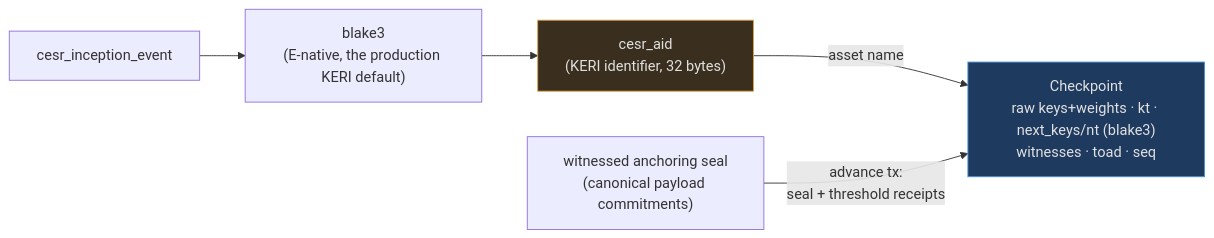
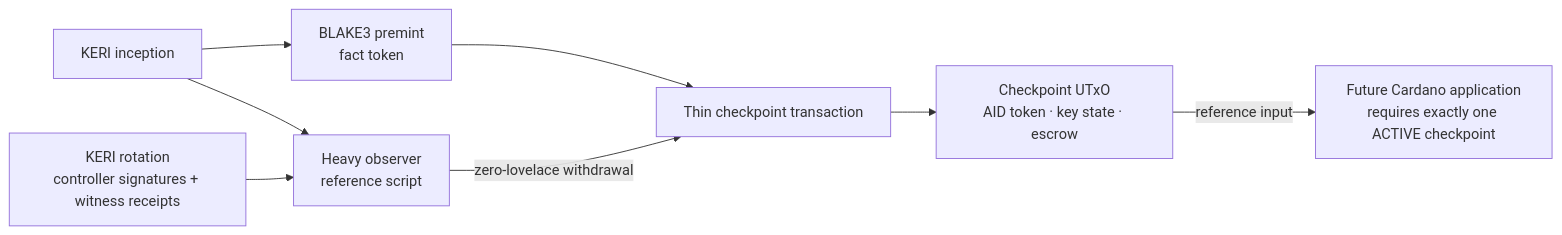
Before and after one commit to lambdasistemi/cardano-keri: the diagram in docs/index.md, drawn with Mermaid. The commit also changed other lines of this file and 24 other files, not shown here.

````diff
--- a/docs/index.md
+++ b/docs/index.md
@@ -94,9 +71,17 @@
 ```mermaid
 flowchart LR
-    ICP["cesr_inception_event"] --> H["blake3<br/>(E-native, the production KERI default)"]
-    H --> AID["cesr_aid<br/>(KERI identifier, 32 bytes)"]
-    style AID fill:#3a2f1e,stroke:#d9a04a,color:#e0e0e0
-    AID -->|"asset name"| CK["Checkpoint<br/>raw keys+weights · kt · next_keys/nt (blake3)<br/>witnesses · toad · seq"]
-    style CK fill:#1e3a5f,stroke:#4a90d9,color:#e0e0e0
-    SEAL["witnessed anchoring seal<br/>(canonical payload commitments)"] -->|"advance tx:<br/>seal + threshold receipts"| CK
+    ICP["KERI inception"]
+    HASH["BLAKE3 premint<br/>fact token"]
+    ROT["KERI rotation<br/>controller signatures + witness receipts"]
+    TX["Thin checkpoint transaction"]
+    OBS["Heavy observer<br/>reference script"]
+    CK["Checkpoint UTxO<br/>AID token · key state · escrow"]
+    APP["Future Cardano application<br/>requires exactly one ACTIVE checkpoint"]
+
+    ICP --> HASH --> TX
+    ICP --> OBS
+    ROT --> OBS
+    OBS -->|"zero-lovelace withdrawal"| TX
+    TX --> CK
+    CK -->|"reference input"| APP
 ```
````
